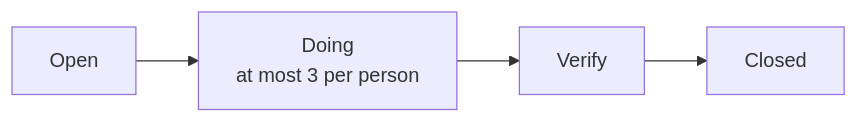
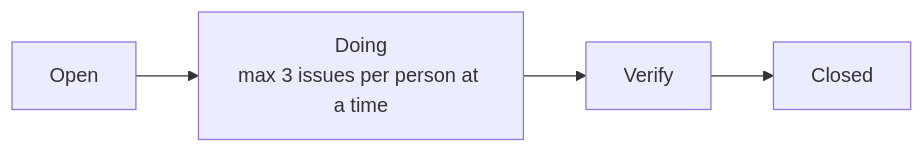
One commit to guruITA/connect-nine changed the second of 3 diagrams in docs/team/gitlabSetup.md. Above: the diagram before and after it, drawn with Mermaid.

Commit message:
docs(gitlabSetup): #4 clarify wording in sprint board flowchart.

````diff
--- a/docs/team/gitlabSetup.md
+++ b/docs/team/gitlabSetup.md
@@ -83,4 +83,4 @@
 ```mermaid
 flowchart LR
-    O[Open] --> D["Doing<br/>at most 3 per person"] --> V[Verify] --> C[Closed]
+    O[Open] --> D["Doing<br/>max 3 issues per person at a time"] --> V[Verify] --> C[Closed]
 ```
````
